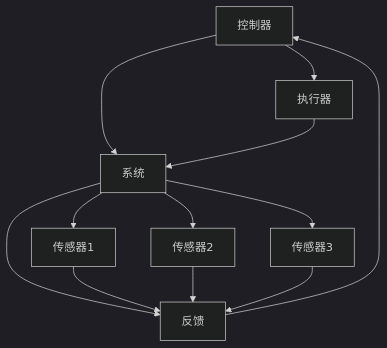
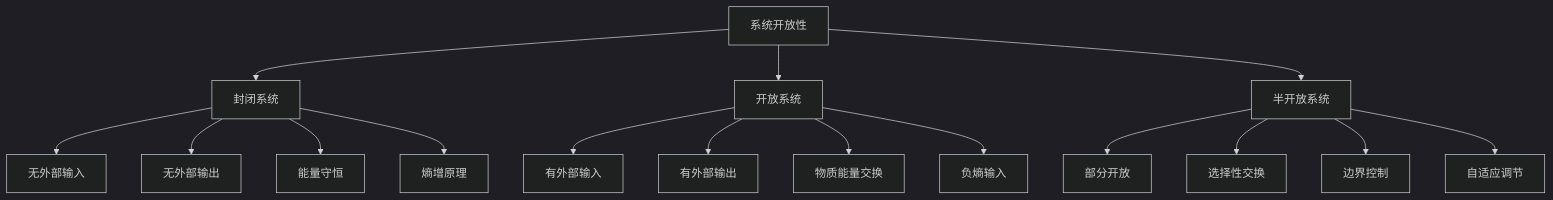
Before and after one commit to AdaMartin18010/SystemOSIOT: the fourth of 20 diagrams in 1.系统理论/1.5 多表征/1.5.1 概念图.md, drawn with Mermaid (dark theme). The commit also changed other lines of this file and 118 other files, not shown here.

````diff
--- a/1.系统理论/1.5 多表征/1.5.1 概念图.md
+++ b/1.系统理论/1.5 多表征/1.5.1 概念图.md
@@ -187,17 +111,21 @@
 ```mermaid
-graph TD;
-  C[控制器] --> S[系统];
-  S --> F[反馈];
-  F --> C;
-  
-  C --> A[执行器];
-  A --> S;
-  
-  S --> S1[传感器1];
-  S --> S2[传感器2];
-  S --> S3[传感器3];
-  
-  S1 --> F;
-  S2 --> F;
-  S3 --> F;
+graph TB
+    A[系统开放性] --> B[封闭系统]
+    A --> C[开放系统]
+    A --> D[半开放系统]
+    
+    B --> B1[无外部输入]
+    B --> B2[无外部输出]
+    B --> B3[能量守恒]
+    B --> B4[熵增原理]
+    
+    C --> C1[有外部输入]
+    C --> C2[有外部输出]
+    C --> C3[物质能量交换]
+    C --> C4[负熵输入]
+    
+    D --> D1[部分开放]
+    D --> D2[选择性交换]
+    D --> D3[边界控制]
+    D --> D4[自适应调节]
 ```
````
